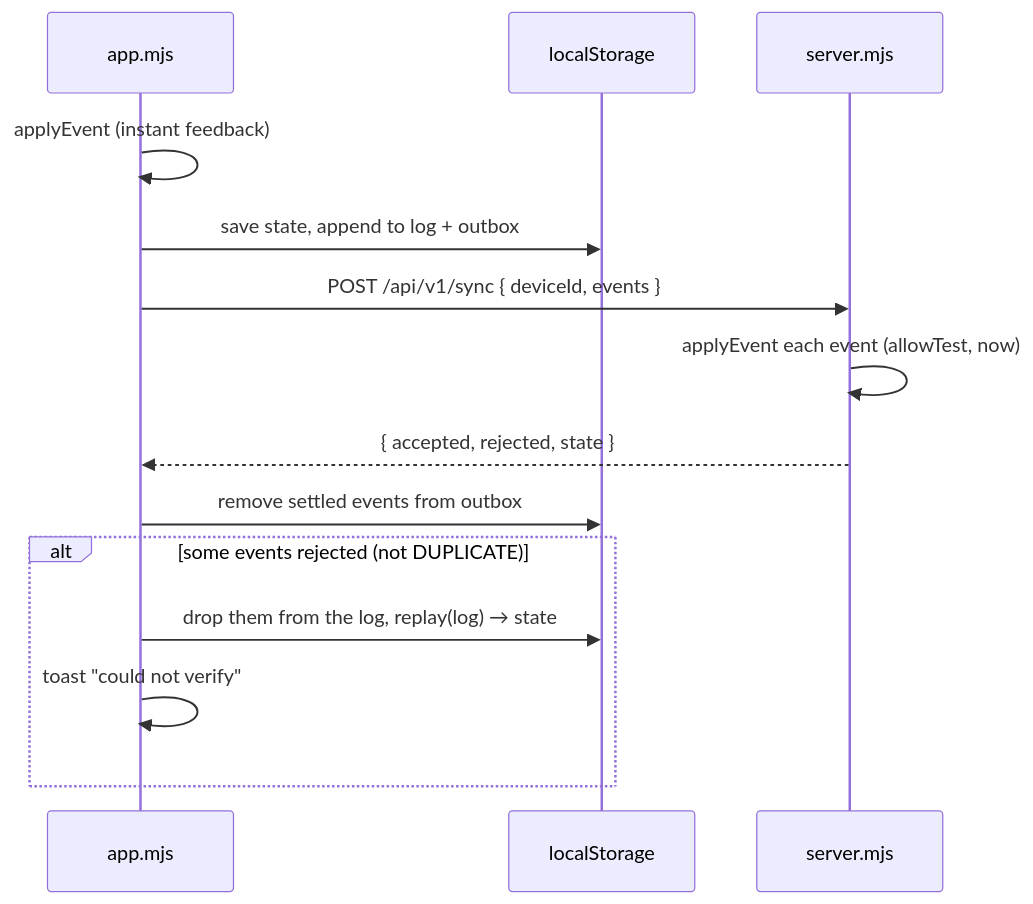
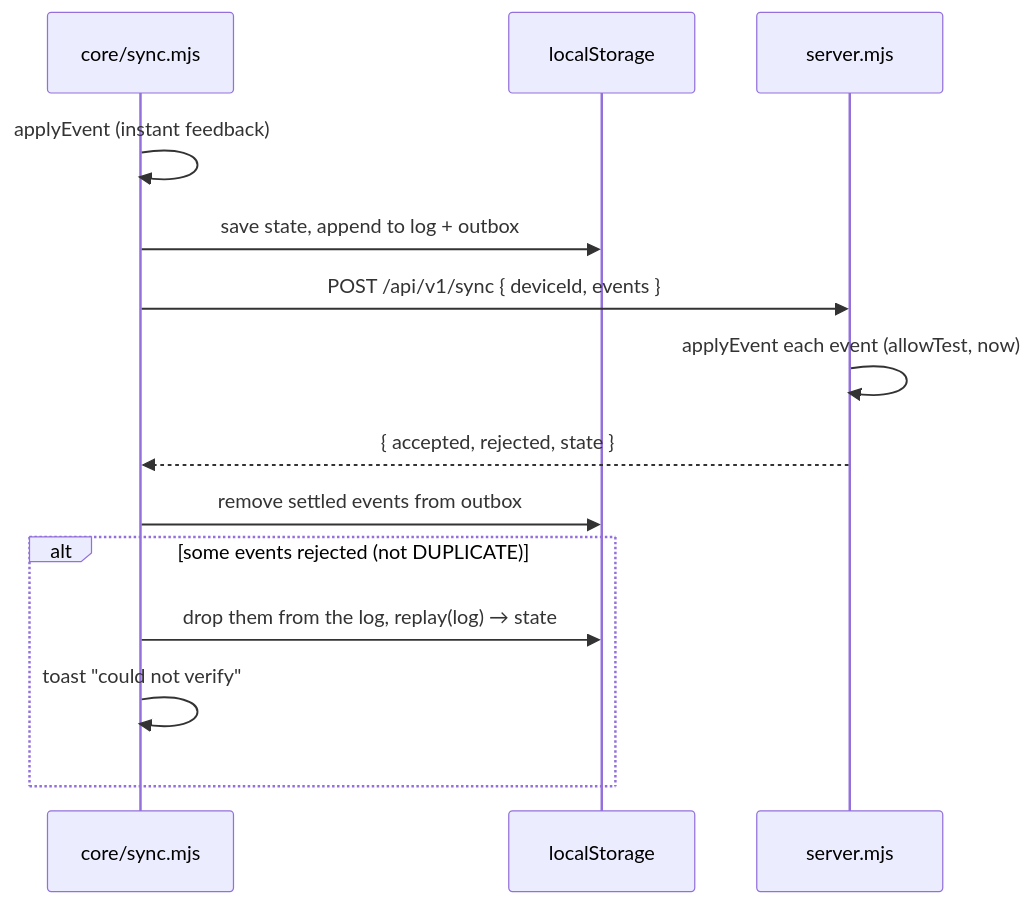
Before and after one commit to xtremebeck/mani-1--proektim: the second of 2 diagrams in uz-quest/ARCHITECTURE.md, drawn with Mermaid. The commit also changed other lines of this file and 2 other files, not shown here.

First line of the commit message:
Document the new app module layout

````diff
--- a/uz-quest/ARCHITECTURE.md
+++ b/uz-quest/ARCHITECTURE.md
@@ -85,16 +90,16 @@
 ```mermaid
 sequenceDiagram
-  participant UI as app.mjs
+  participant UI as core/sync.mjs
   participant LS as localStorage
   participant S as server.mjs
   UI->>UI: applyEvent (instant feedback)
   UI->>LS: save state, append to log + outbox
   UI->>S: POST /api/v1/sync { deviceId, events }
   S->>S: applyEvent each event (allowTest, now)
   S-->>UI: { accepted, rejected, state }
   UI->>LS: remove settled events from outbox
   alt some events rejected (not DUPLICATE)
     UI->>LS: drop them from the log, replay(log) → state
     UI->>UI: toast "could not verify"
   end
 ```
````
